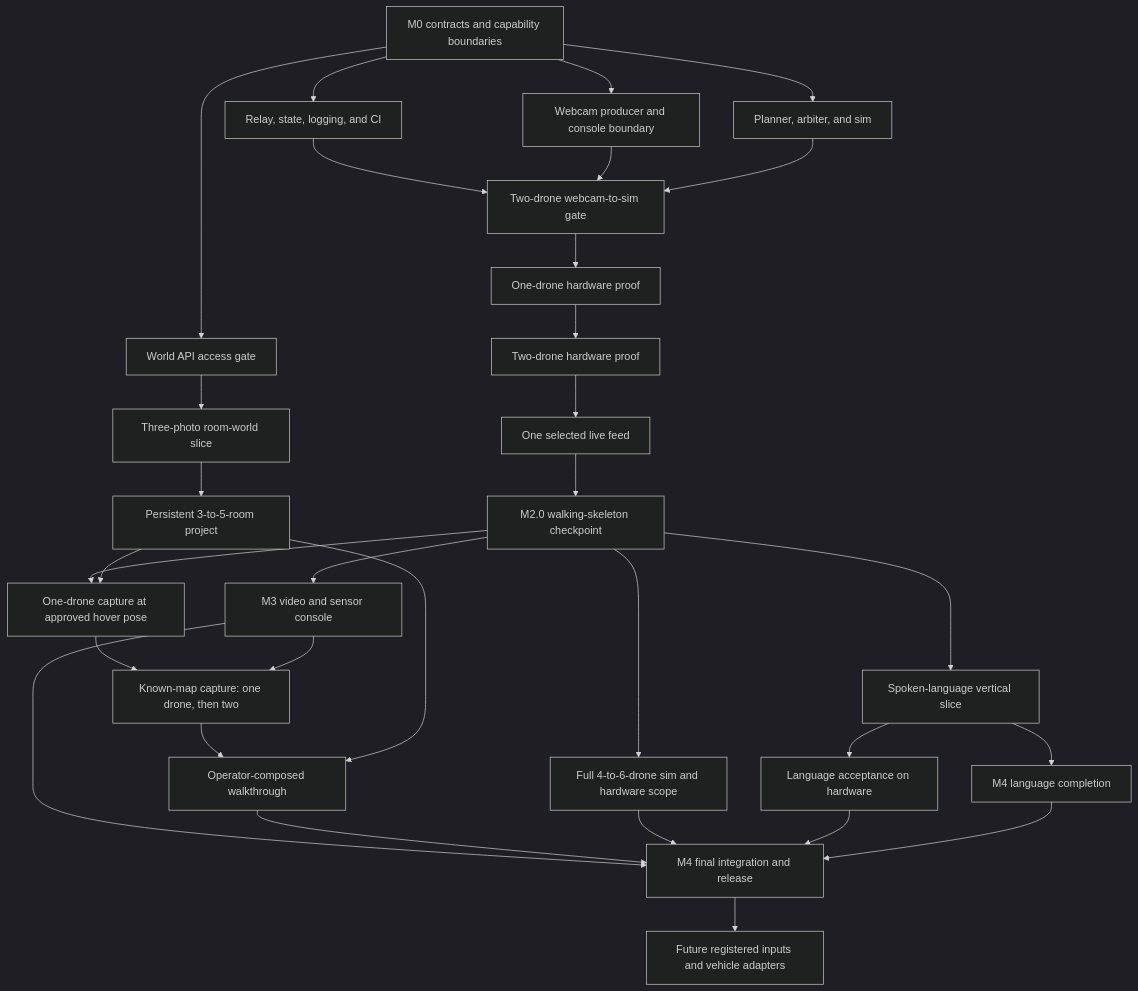
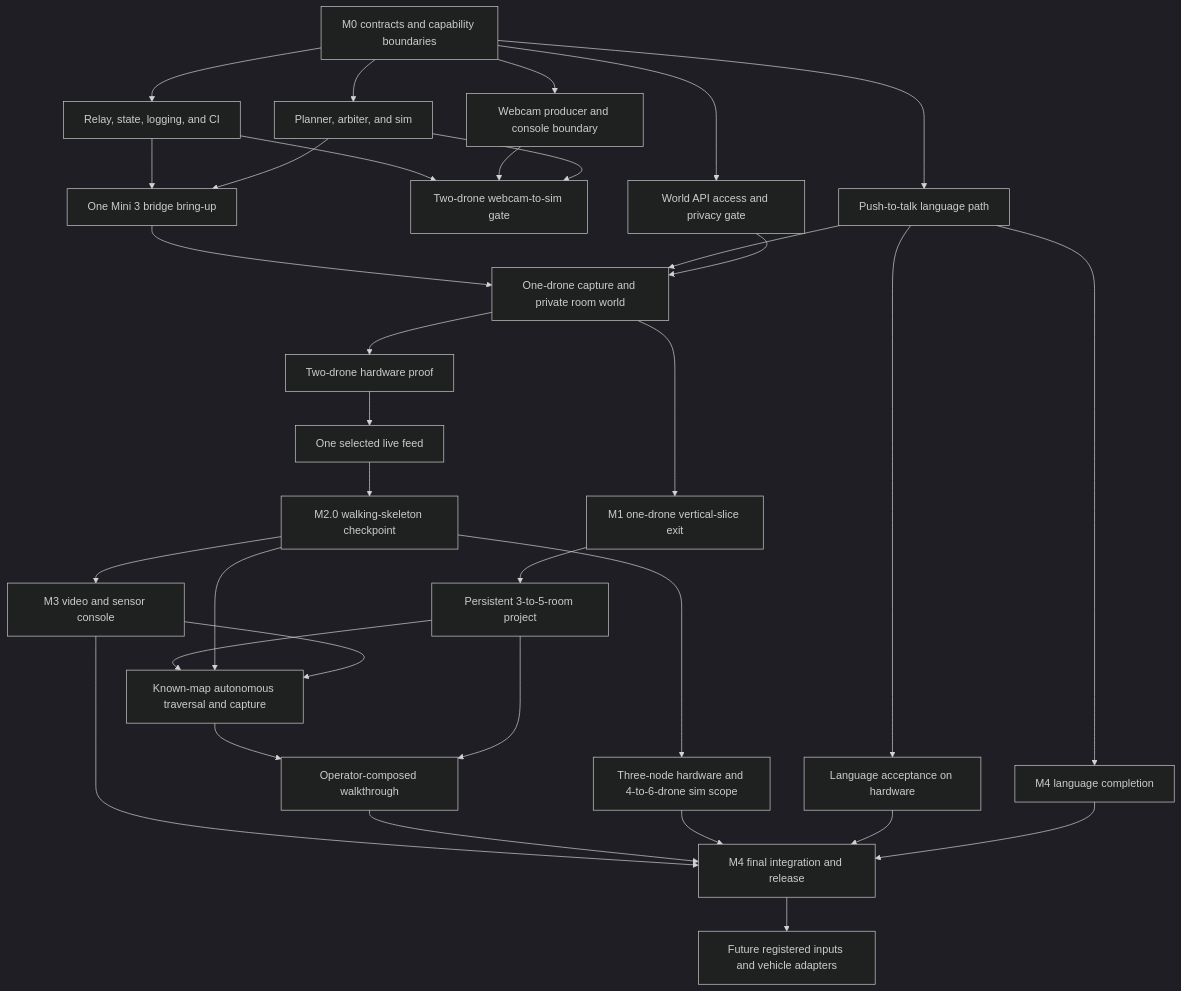
One commit to worldofhacks/sweep changed the diagram in docs/mvp-plan.md. Above: the diagram before and after it, drawn with Mermaid (dark theme). The commit also changed other lines of this file and 3 other files, not shown here.

````diff
--- a/docs/mvp-plan.md
+++ b/docs/mvp-plan.md
@@ -11,33 +11,36 @@
 ```mermaid
 flowchart TD
     m0[M0 contracts and capability boundaries] --> relay[Relay, state, logging, and CI]
-    m0 --> worldapi[World API access gate]
-    worldapi --> phone[Three-photo room-world slice]
-    phone --> rooms[Persistent 3-to-5-room project]
+    m0 --> worldapi[World API access and privacy gate]
     m0 --> webcam[Webcam producer and console boundary]
     m0 --> autonomy[Planner, arbiter, and sim]
     relay --> simgate[Two-drone webcam-to-sim gate]
     webcam --> simgate
     autonomy --> simgate
-    simgate --> hw1[One-drone hardware proof]
+    m0 --> speech[Push-to-talk language path]
+    relay --> bridge[One Mini 3 bridge bring-up]
+    autonomy --> bridge
+    bridge --> hw1[One-drone capture and private room world]
+    speech --> hw1
+    worldapi --> hw1
+    hw1 --> m1[M1 one-drone vertical-slice exit]
+    m1 --> rooms[Persistent 3-to-5-room project]
     hw1 --> hw2[Two-drone hardware proof]
     hw2 --> feed[One selected live feed]
     feed --> m20[M2.0 walking-skeleton checkpoint]
-    m20 --> dronecap[One-drone capture at approved hover pose]
-    rooms --> dronecap
-    m20 --> speech[Spoken-language vertical slice]
-    m20 --> scale[Full 4-to-6-drone sim and hardware scope]
+    m20 --> scale[Three-node hardware and 4-to-6-drone sim scope]
     m20 --> video[M3 video and sensor console]
-    dronecap --> knownmap[Known-map capture: one drone, then two]
+    rooms --> knownmap[Known-map autonomous traversal and capture]
+    m20 --> knownmap
     video --> knownmap
     speech --> hwlang[Language acceptance on hardware]
     speech --> langfull[M4 language completion]
     knownmap --> compose[Operator-composed walkthrough]
     rooms --> compose
     video --> release[M4 final integration and release]
     compose --> release
     scale --> release
     hwlang --> release
     langfull --> release
     release --> future[Future registered inputs and vehicle adapters]
 ```
````
